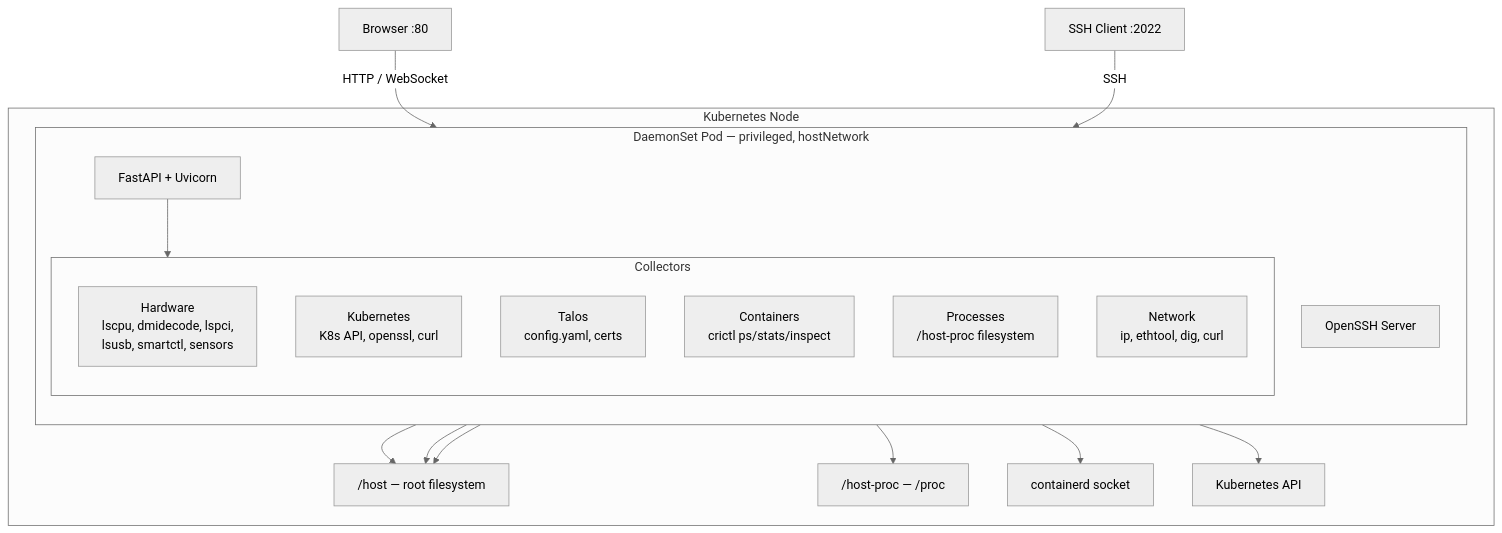
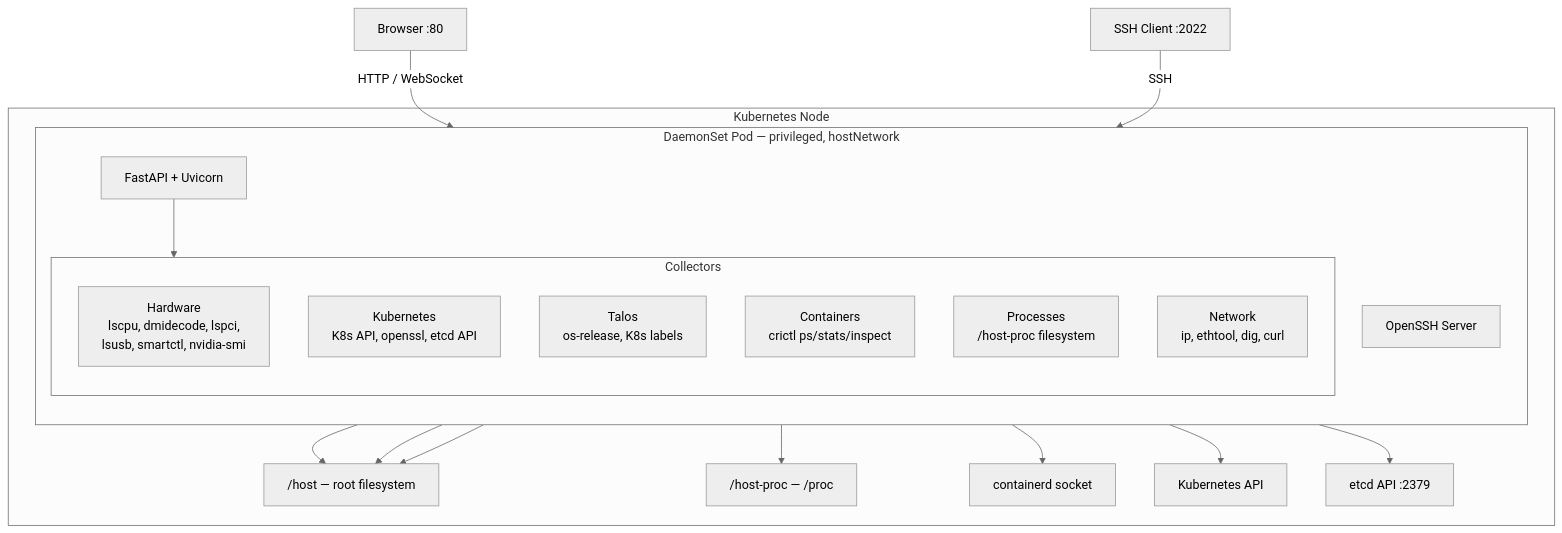
The first of 3 diagrams in README.md (samr037/node-debug-dashboard), drawn with Mermaid (neutral theme) before and after one commit. The commit also changed other lines of this file and 7 other files, not shown here.

````diff
--- a/README.md
+++ b/README.md
@@ -40,37 +46,39 @@
 ```mermaid
 graph TB
     Browser["Browser :80"]
     SSH_Client["SSH Client :2022"]
 
     subgraph Node["Kubernetes Node"]
         subgraph Pod["DaemonSet Pod — privileged, hostNetwork"]
             direction TB
             FastAPI["FastAPI + Uvicorn"]
             SSHD["OpenSSH Server"]
 
             subgraph Collectors
-                HW["Hardware<br/>lscpu, dmidecode, lspci,<br/>lsusb, smartctl, sensors"]
-                K8S["Kubernetes<br/>K8s API, openssl, curl"]
-                TAL["Talos<br/>config.yaml, certs"]
+                HW["Hardware<br/>lscpu, dmidecode, lspci,<br/>lsusb, smartctl, nvidia-smi"]
+                K8S["Kubernetes<br/>K8s API, openssl, etcd API"]
+                TAL["Talos<br/>os-release, K8s labels"]
                 CT["Containers<br/>crictl ps/stats/inspect"]
                 PROC["Processes<br/>/host-proc filesystem"]
                 NET["Network<br/>ip, ethtool, dig, curl"]
             end
         end
 
         HostFS["/host — root filesystem"]
         HostProc["/host-proc — /proc"]
         CRI["containerd socket"]
         K8SAPI["Kubernetes API"]
+        EtcdAPI["etcd API :2379"]
     end
 
     Browser -->|"HTTP / WebSocket"| FastAPI
     SSH_Client -->|"SSH"| SSHD
     FastAPI --> Collectors
     HW --> HostFS
     K8S --> K8SAPI
+    K8S --> EtcdAPI
     TAL --> HostFS
     CT --> CRI
     PROC --> HostProc
     NET --> HostFS
 ```
````
